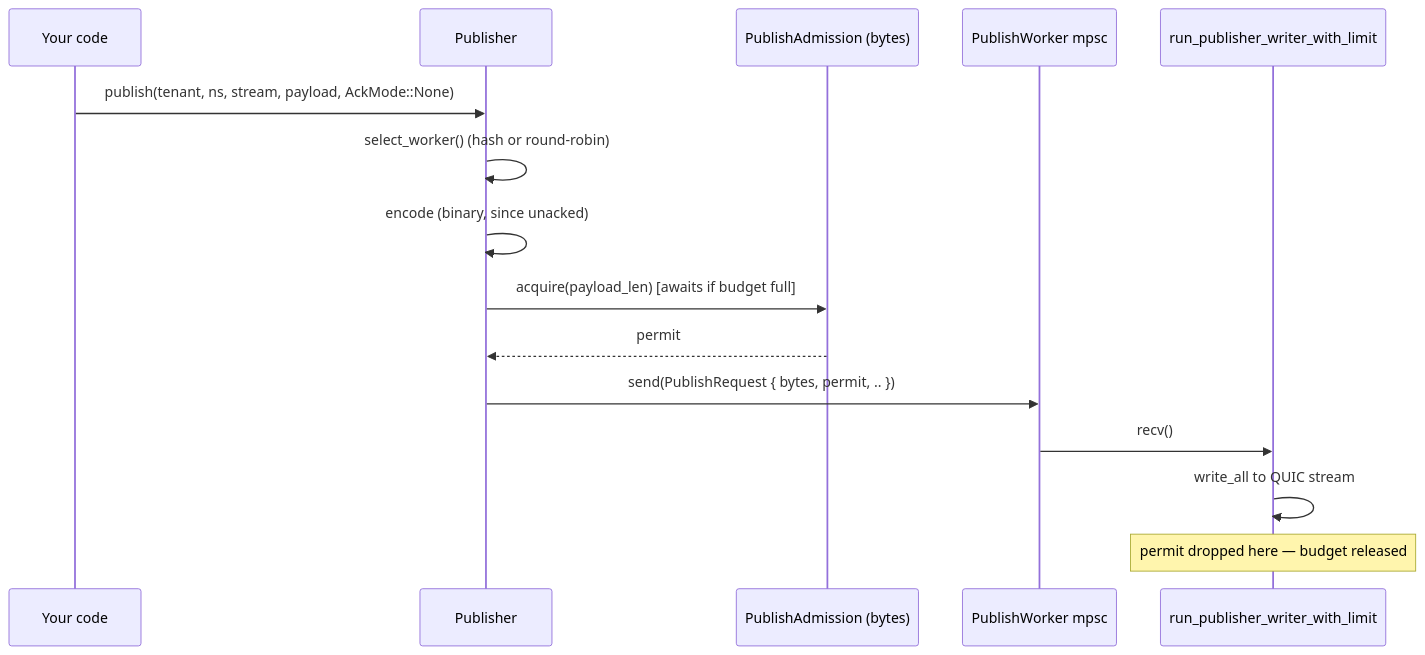
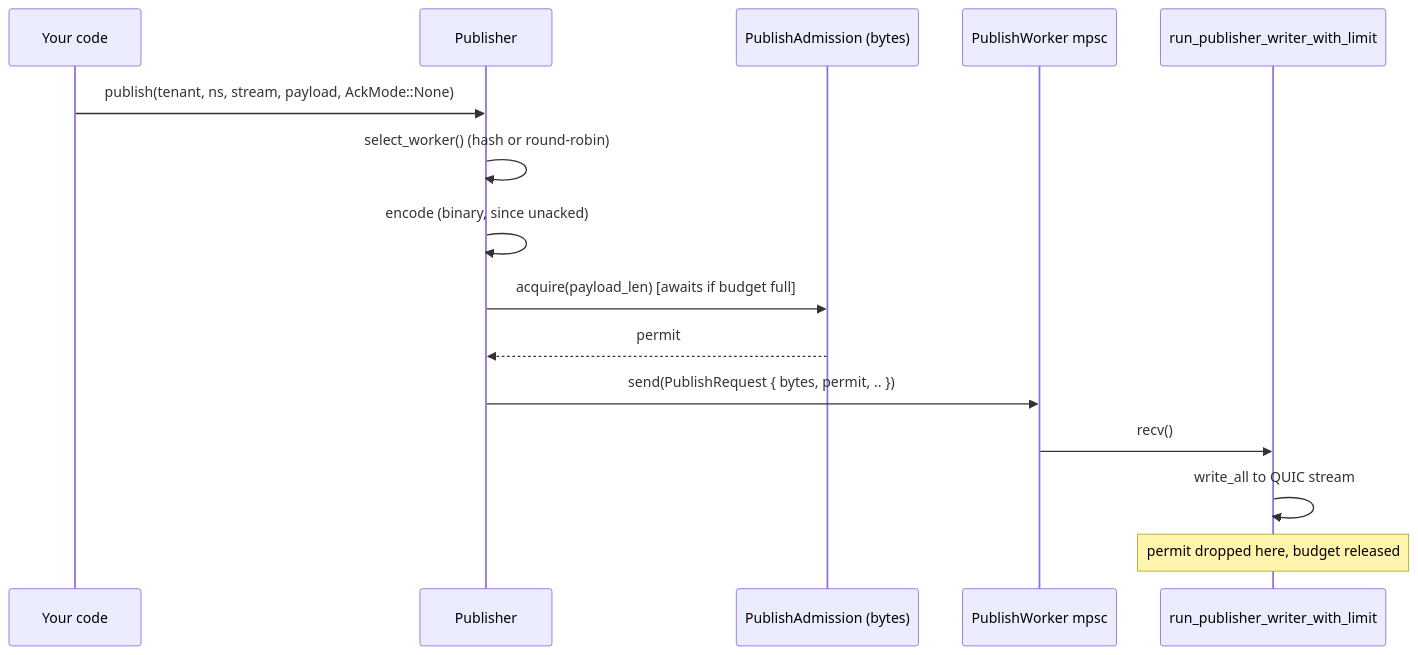
One commit to GetFelix/felix changed the diagram in docs-site/src/content/docs/development/internals-publish.md. Above: the diagram before and after it, drawn with Mermaid. The commit also changed other lines of this file and 9 other files, not shown here.

````diff
--- a/docs-site/src/content/docs/development/internals-publish.md
+++ b/docs-site/src/content/docs/development/internals-publish.md
@@ -90,18 +87,18 @@
 ```mermaid
 sequenceDiagram
     participant App as Your code
     participant Pub as Publisher
     participant Adm as PublishAdmission (bytes)
     participant Wkr as PublishWorker mpsc
     participant Writer as run_publisher_writer_with_limit
 
     App->>Pub: publish(tenant, ns, stream, payload, AckMode::None)
     Pub->>Pub: select_worker() (hash or round-robin)
     Pub->>Pub: encode (binary, since unacked)
     Pub->>Adm: acquire(payload_len) [awaits if budget full]
     Adm-->>Pub: permit
     Pub->>Wkr: send(PublishRequest { bytes, permit, .. })
     Wkr->>Writer: recv()
     Writer->>Writer: write_all to QUIC stream
-    Note over Writer: permit dropped here — budget released
+    Note over Writer: permit dropped here, budget released
 ```
````
